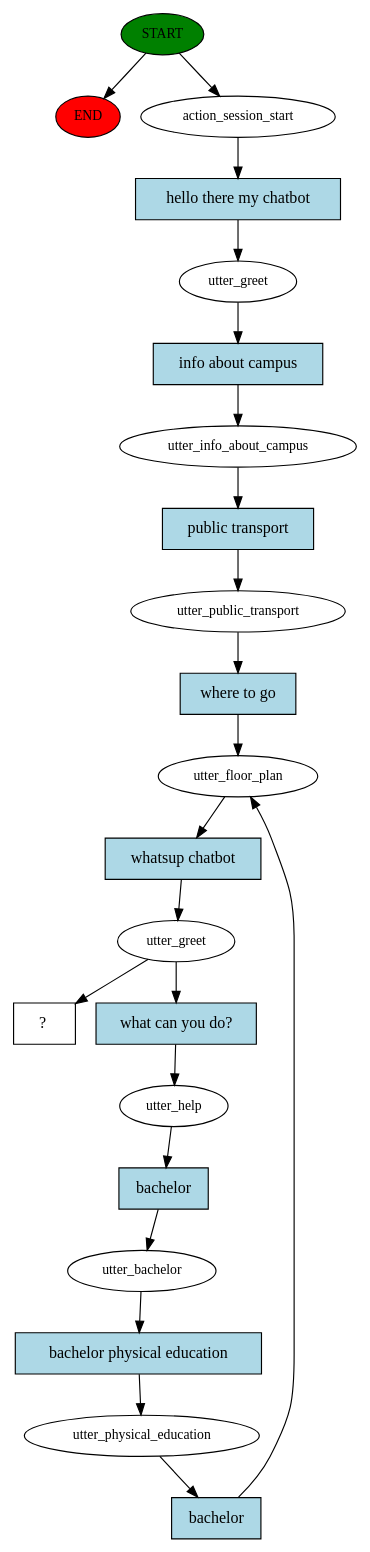
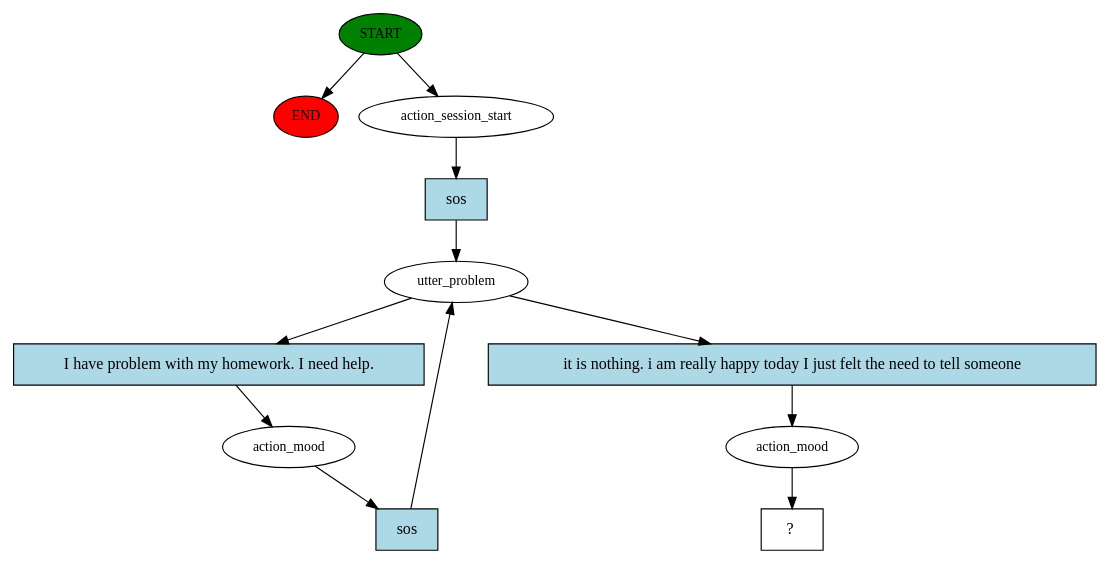
The diagram in story_graph.dot (joannatrojak/chatbot), drawn with Graphviz before and after one commit. The commit also changed 25 other files, not shown here.

```diff
--- a/story_graph.dot
+++ b/story_graph.dot
@@ -1,44 +1,24 @@
 digraph  {
 0 [class="start active", fillcolor=green, fontsize=12, label=START, style=filled];
 "-1" [class=end, fillcolor=red, fontsize=12, label=END, style=filled];
 1 [class=active, fontsize=12, label=action_session_start];
-2 [class=active, fontsize=12, label=utter_greet];
-3 [class=active, fontsize=12, label=utter_info_about_campus];
-4 [class=active, fontsize=12, label=utter_public_transport];
-5 [class=active, fontsize=12, label=utter_floor_plan];
-6 [class=active, fontsize=12, label=utter_greet];
-7 [class=active, fontsize=12, label=utter_help];
-8 [class=active, fontsize=12, label=utter_bachelor];
-9 [class=active, fontsize=12, label=utter_physical_education];
-12 [class="intent dashed active", label="  ?  ", shape=rect];
-13 [class="intent active", fillcolor=lightblue, label="hello there my chatbot", shape=rect, style=filled];
-14 [class="intent active", fillcolor=lightblue, label="info about campus", shape=rect, style=filled];
-15 [class="intent active", fillcolor=lightblue, label="public transport", shape=rect, style=filled];
-16 [class="intent active", fillcolor=lightblue, label="where to go", shape=rect, style=filled];
-17 [class="intent active", fillcolor=lightblue, label="whatsup chatbot", shape=rect, style=filled];
-18 [class="intent active", fillcolor=lightblue, label="what can you do?", shape=rect, style=filled];
-19 [class="intent active", fillcolor=lightblue, label=bachelor, shape=rect, style=filled];
-20 [class="intent active", fillcolor=lightblue, label="bachelor physical education", shape=rect, style=filled];
-21 [class="intent active", fillcolor=lightblue, label=bachelor, shape=rect, style=filled];
+2 [class=active, fontsize=12, label=utter_problem];
+3 [class=active, fontsize=12, label=action_mood];
+5 [class=active, fontsize=12, label=action_mood];
+6 [class="intent dashed active", label="  ?  ", shape=rect];
+7 [class="intent active", fillcolor=lightblue, label=sos, shape=rect, style=filled];
+8 [class="intent active", fillcolor=lightblue, label="I have problem with my homework. I need help.", shape=rect, style=filled];
+9 [class="intent active", fillcolor=lightblue, label="it is nothing. i am really happy today I just felt the need to tell someone", shape=rect, style=filled];
+10 [class="intent active", fillcolor=lightblue, label=sos, shape=rect, style=filled];
 0 -> "-1"  [class="", key=NONE, label=""];
 0 -> 1  [class=active, key=NONE, label=""];
-1 -> 13  [class=active, key=0];
-2 -> 14  [class=active, key=0];
-3 -> 15  [class=active, key=0];
-4 -> 16  [class=active, key=0];
-5 -> 17  [class=active, key=0];
-6 -> 12  [class=active, key=NONE, label=""];
-6 -> 18  [class=active, key=0];
-7 -> 19  [class=active, key=0];
-8 -> 20  [class=active, key=0];
-9 -> 21  [class=active, key=0];
-13 -> 2  [class=active, key=0];
-14 -> 3  [class=active, key=0];
-15 -> 4  [class=active, key=0];
-16 -> 5  [class=active, key=0];
-17 -> 6  [class=active, key=0];
-18 -> 7  [class=active, key=0];
-19 -> 8  [class=active, key=0];
-20 -> 9  [class=active, key=0];
-21 -> 5  [class=active, key=0];
+1 -> 7  [class=active, key=0];
+2 -> 8  [class=active, key=0];
+2 -> 9  [class=active, key=0];
+3 -> 10  [class=active, key=0];
+5 -> 6  [class=active, key=NONE, label=""];
+7 -> 2  [class=active, key=0];
+8 -> 3  [class=active, key=0];
+9 -> 5  [class=active, key=0];
+10 -> 2  [class=active, key=0];
 }
```
